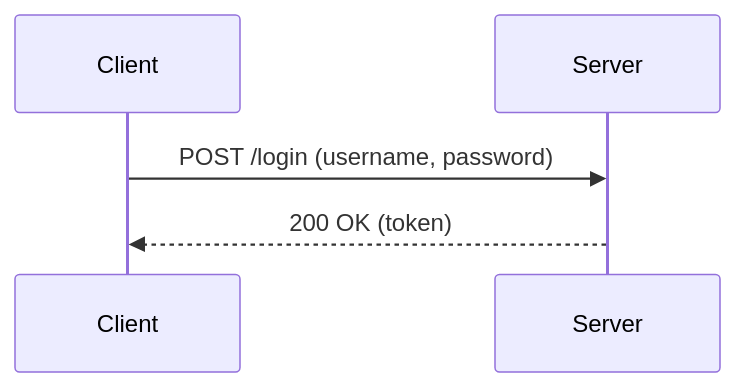
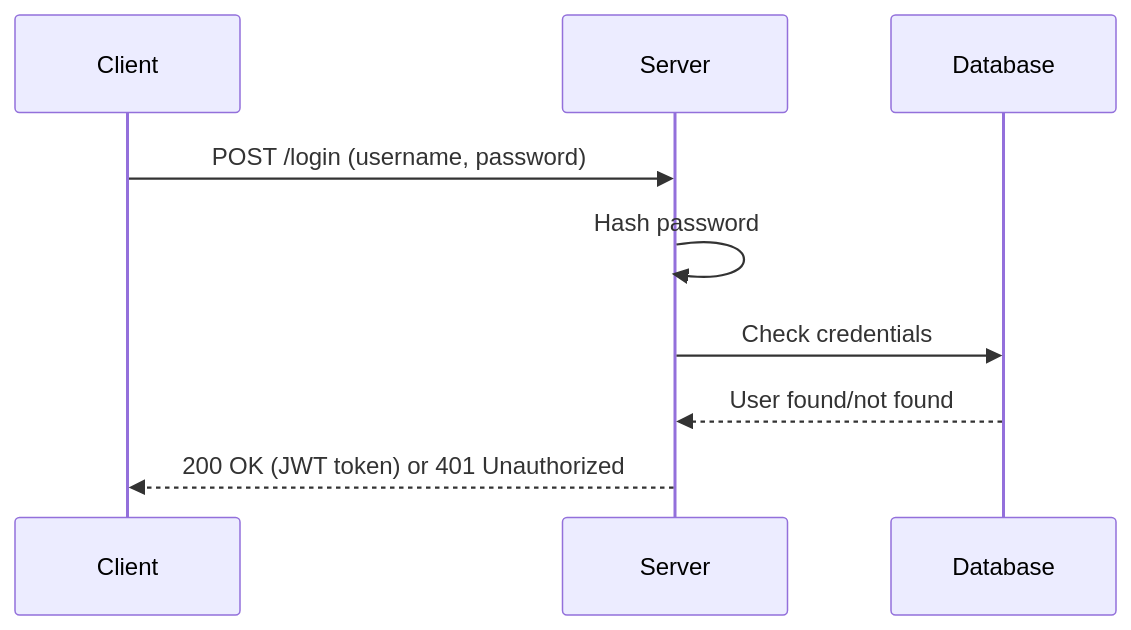
Before and after one commit to Param-Harrison/ebook-writer: the first of 11 diagrams in books/backendchallenges-sample.md, drawn with Mermaid. The commit also changed other lines of this file and 1 other file, not shown here.

````diff
--- a/books/backendchallenges-sample.md
+++ b/books/backendchallenges-sample.md
@@ -24,7 +42,11 @@
 ```mermaid
 sequenceDiagram
   participant Client
   participant Server
+  participant Database
   Client->>Server: POST /login (username, password)
-  Server-->>Client: 200 OK (token)
+  Server->>Server: Hash password
+  Server->>Database: Check credentials
+  Database-->>Server: User found/not found
+  Server-->>Client: 200 OK (JWT token) or 401 Unauthorized
 ```
````
